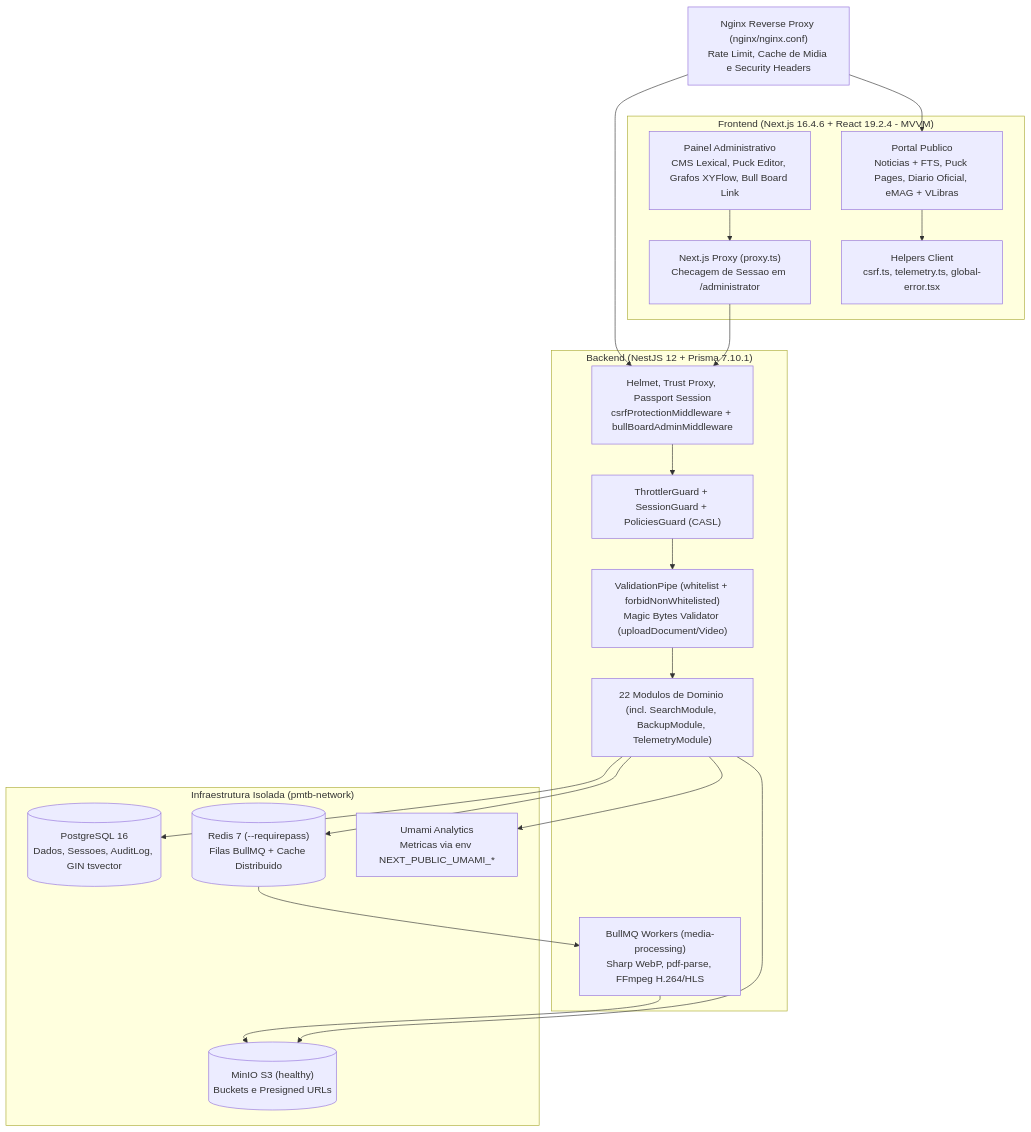
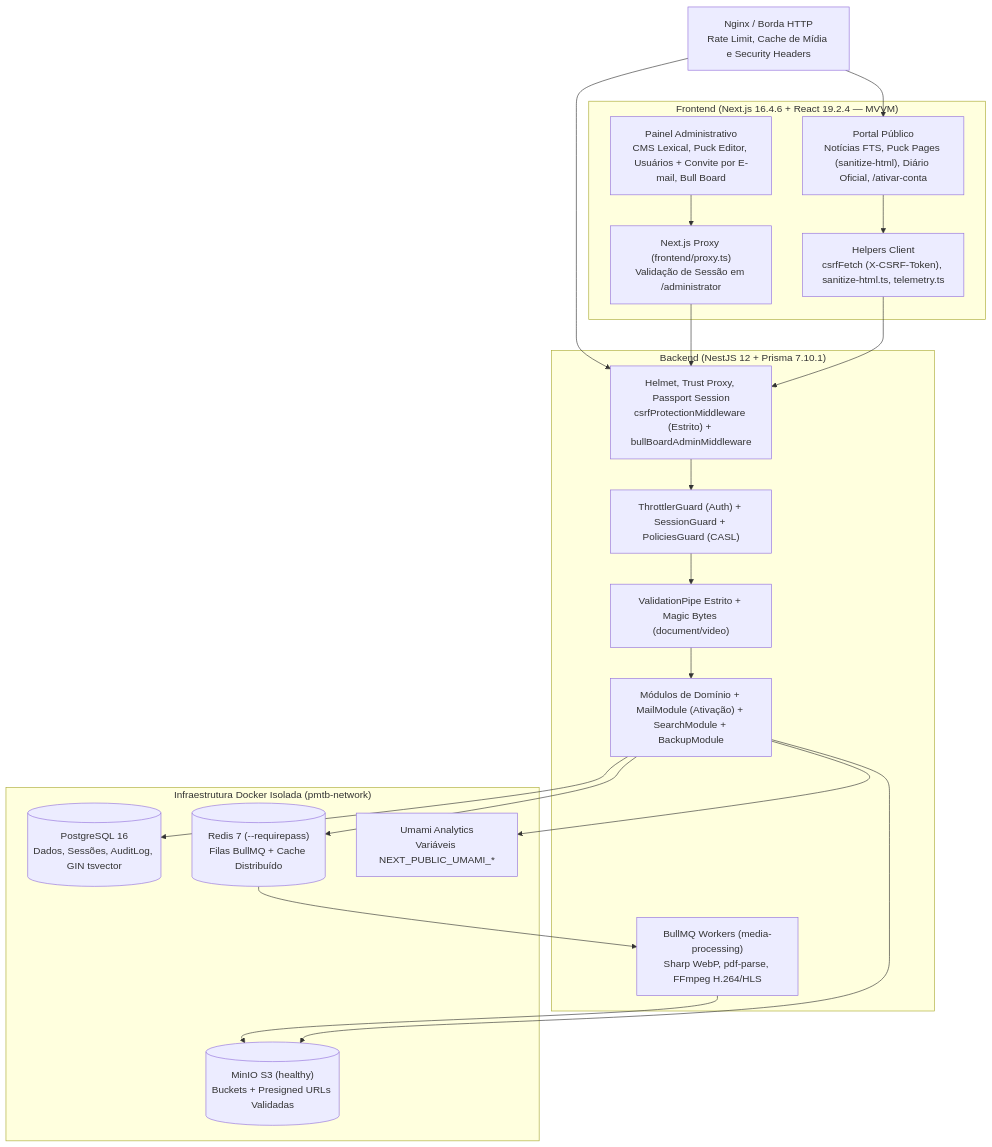
The diagram in RELATORIO_ANALISE_PROJETO.md (AlexEduSantos/prefeitura-tb), drawn with Mermaid before and after one commit. The commit also changed other lines of this file and 55 other files, not shown here.

Commit message:
feat(security): enforce global LGPD sanitization, admin/public isolation and MANAGER approval workflow

````diff
--- a/RELATORIO_ANALISE_PROJETO.md
+++ b/RELATORIO_ANALISE_PROJETO.md
@@ -20,38 +33,38 @@
 ```mermaid
 flowchart TD
-    Edge["Nginx Reverse Proxy (nginx/nginx.conf)\nRate Limit, Cache de Midia e Security Headers"]
+    Edge["Nginx / Borda HTTP\nRate Limit, Cache de Mídia e Security Headers"]
 
-    subgraph FE["Frontend (Next.js 16.4.6 + React 19.2.4 - MVVM)"]
-        Public["Portal Publico\nNoticias + FTS, Puck Pages, Diario Oficial, eMAG + VLibras"]
-        Admin["Painel Administrativo\nCMS Lexical, Puck Editor, Grafos XYFlow, Bull Board Link"]
-        EdgeGuard["Next.js Proxy (proxy.ts)\nChecagem de Sessao em /administrator"]
-        ClientSec["Helpers Client\ncsrf.ts, telemetry.ts, global-error.tsx"]
+    subgraph FE["Frontend (Next.js 16.4.6 + React 19.2.4 — MVVM)"]
+        Public["Portal Público\nNotícias FTS, Puck Pages (sanitize-html), Diário Oficial, /ativar-conta"]
+        Admin["Painel Administrativo\nCMS Lexical, Puck Editor, Usuários + Convite por E-mail, Bull Board"]
+        EdgeGuard["Next.js Proxy (frontend/proxy.ts)\nValidação de Sessão em /administrator"]
+        ClientSec["Helpers Client\ncsrfFetch (X-CSRF-Token), sanitize-html.ts, telemetry.ts"]
     end
 
     subgraph BE["Backend (NestJS 12 + Prisma 7.10.1)"]
-        Middlewares["Helmet, Trust Proxy, Passport Session\ncsrfProtectionMiddleware + bullBoardAdminMiddleware"]
-        Guards["ThrottlerGuard + SessionGuard + PoliciesGuard (CASL)"]
-        Pipes["ValidationPipe (whitelist + forbidNonWhitelisted)\nMagic Bytes Validator (uploadDocument/Video)"]
-        Core["22 Modulos de Dominio (incl. SearchModule, BackupModule, TelemetryModule)"]
+        Middlewares["Helmet, Trust Proxy, Passport Session\ncsrfProtectionMiddleware (Estrito) + bullBoardAdminMiddleware"]
+        Guards["ThrottlerGuard (Auth) + SessionGuard + PoliciesGuard (CASL)"]
+        Pipes["ValidationPipe Estrito + Magic Bytes (document/video)"]
+        Core["Módulos de Domínio + MailModule (Ativação) + SearchModule + BackupModule"]
         Async["BullMQ Workers (media-processing)\nSharp WebP, pdf-parse, FFmpeg H.264/HLS"]
     end
 
-    subgraph Infra["Infraestrutura Isolada (pmtb-network)"]
-        PG[("PostgreSQL 16\nDados, Sessoes, AuditLog, GIN tsvector")]
-        Redis[("Redis 7 (--requirepass)\nFilas BullMQ + Cache Distribuido")]
-        MinIO[("MinIO S3 (healthy)\nBuckets e Presigned URLs")]
-        Umami["Umami Analytics\nMetricas via env NEXT_PUBLIC_UMAMI_*"]
+    subgraph Infra["Infraestrutura Docker Isolada (pmtb-network)"]
+        PG[("PostgreSQL 16\nDados, Sessões, AuditLog, GIN tsvector")]
+        Redis[("Redis 7 (--requirepass)\nFilas BullMQ + Cache Distribuído")]
+        MinIO[("MinIO S3 (healthy)\nBuckets + Presigned URLs Validadas")]
+        Umami["Umami Analytics\nVariáveis NEXT_PUBLIC_UMAMI_*"]
     end
 
     Edge --> Public
     Edge --> Middlewares
     Admin --> EdgeGuard --> Middlewares
-    Public --> ClientSec
+    Public --> ClientSec --> Middlewares
     Middlewares --> Guards --> Pipes --> Core
     Core --> PG
     Core --> Redis
     Redis --> Async
     Async --> MinIO
     Core --> MinIO
     Core --> Umami
 ```
````
